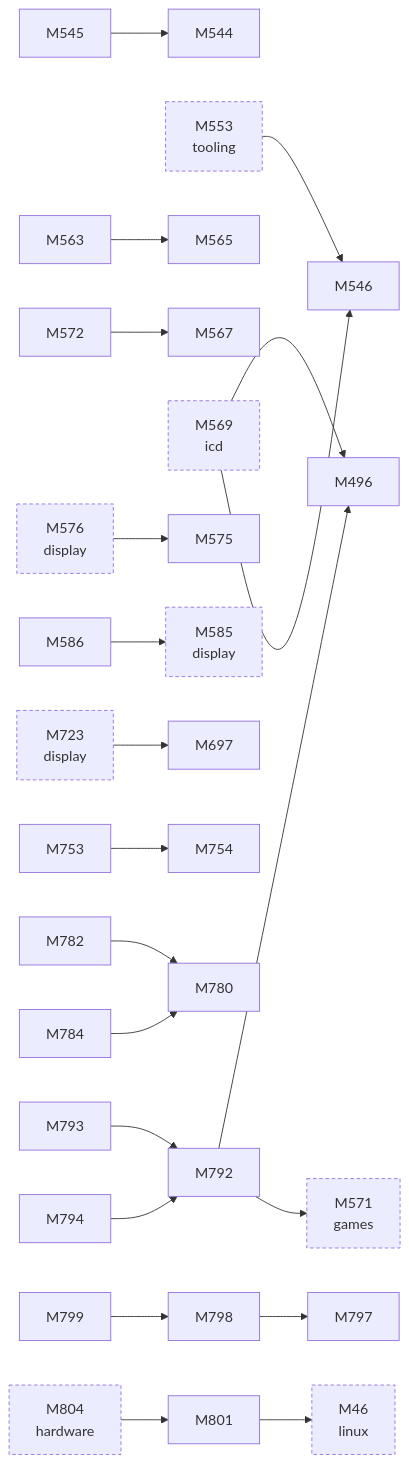
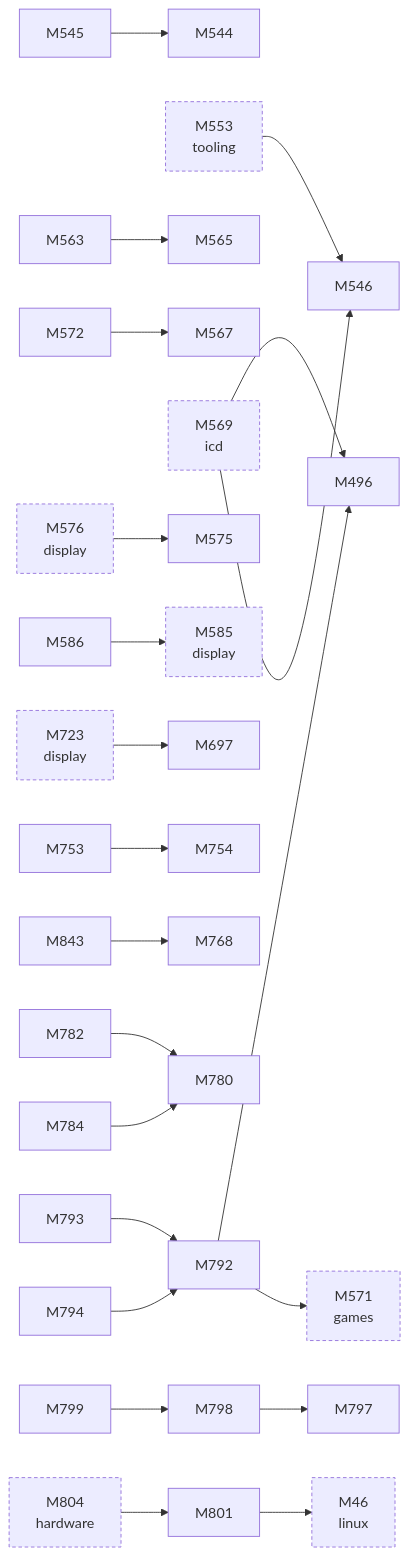
The second of 2 diagrams in docs/facts/graphs/d3d.md (D-Ogi/amdgpu-wddm), drawn with Mermaid before and after one commit. The commit also changed 12 other files, not shown here.

````diff
--- a/docs/facts/graphs/d3d.md
+++ b/docs/facts/graphs/d3d.md
@@ -22,56 +22,59 @@
 ```mermaid
 flowchart LR
   M46["M46<br/>linux"]
   M496["M496"]
   M544["M544"]
   M545["M545"]
   M546["M546"]
   M553["M553<br/>tooling"]
   M563["M563"]
   M565["M565"]
   M567["M567"]
   M569["M569<br/>icd"]
   M571["M571<br/>games"]
   M572["M572"]
   M575["M575"]
   M576["M576<br/>display"]
   M585["M585<br/>display"]
   M586["M586"]
   M697["M697"]
   M723["M723<br/>display"]
   M753["M753"]
   M754["M754"]
+  M768["M768"]
   M780["M780"]
   M782["M782"]
   M784["M784"]
   M792["M792"]
   M793["M793"]
   M794["M794"]
   M797["M797"]
   M798["M798"]
   M799["M799"]
   M801["M801"]
   M804["M804<br/>hardware"]
+  M843["M843"]
   M804 --> M801
   M576 --> M575
   M723 --> M697
   M569 --> M496
   M569 --> M546
   M545 --> M544
   M563 --> M565
   M572 --> M567
   M586 --> M585
   M753 --> M754
   M782 --> M780
   M784 --> M780
   M792 --> M496
   M792 --> M571
   M793 --> M792
   M794 --> M792
   M798 --> M797
   M799 --> M798
   M801 --> M46
+  M843 --> M768
   M553 --> M546
   classDef other stroke-dasharray:4 3
   class M46,M553,M569,M571,M576,M585,M723,M804 other
 ```
````
